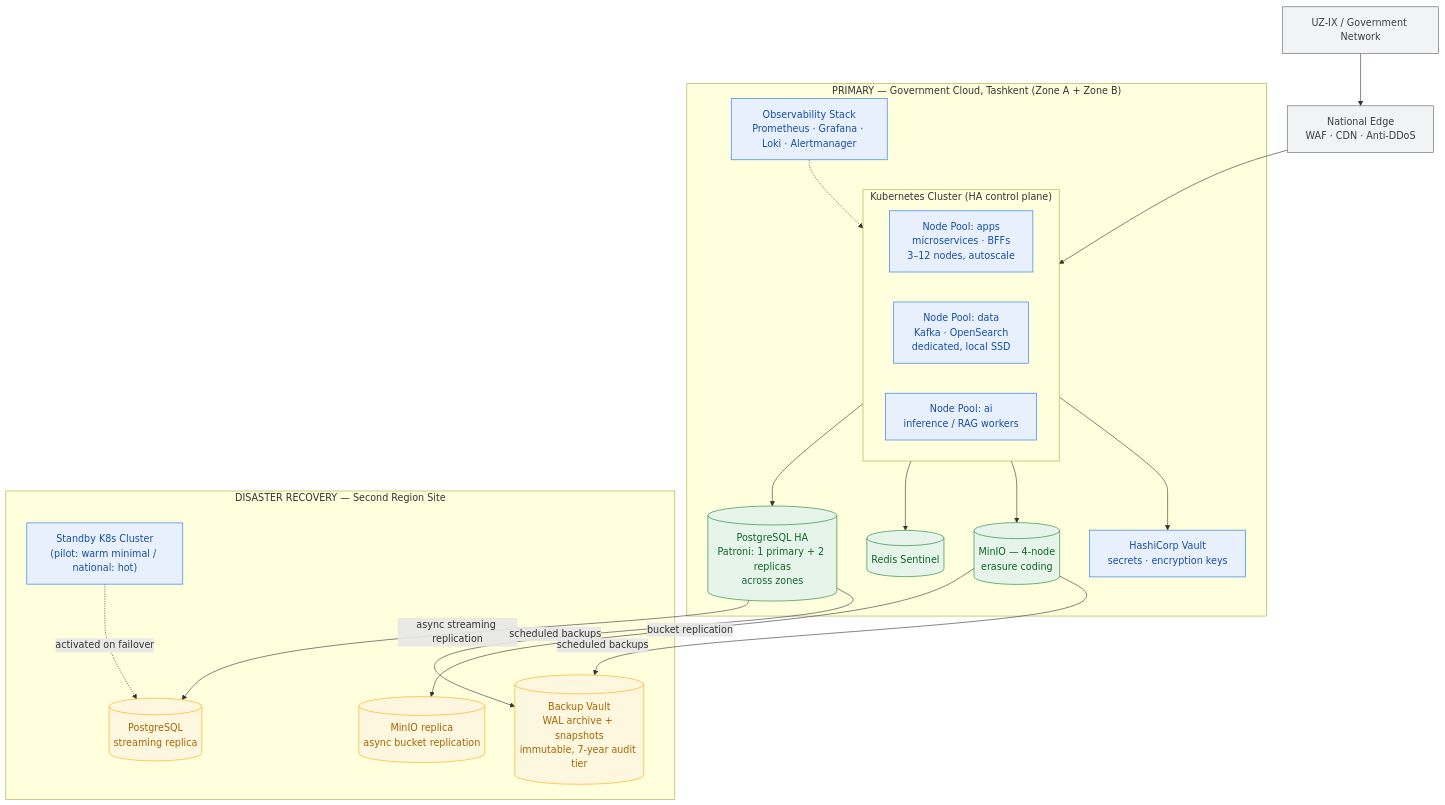
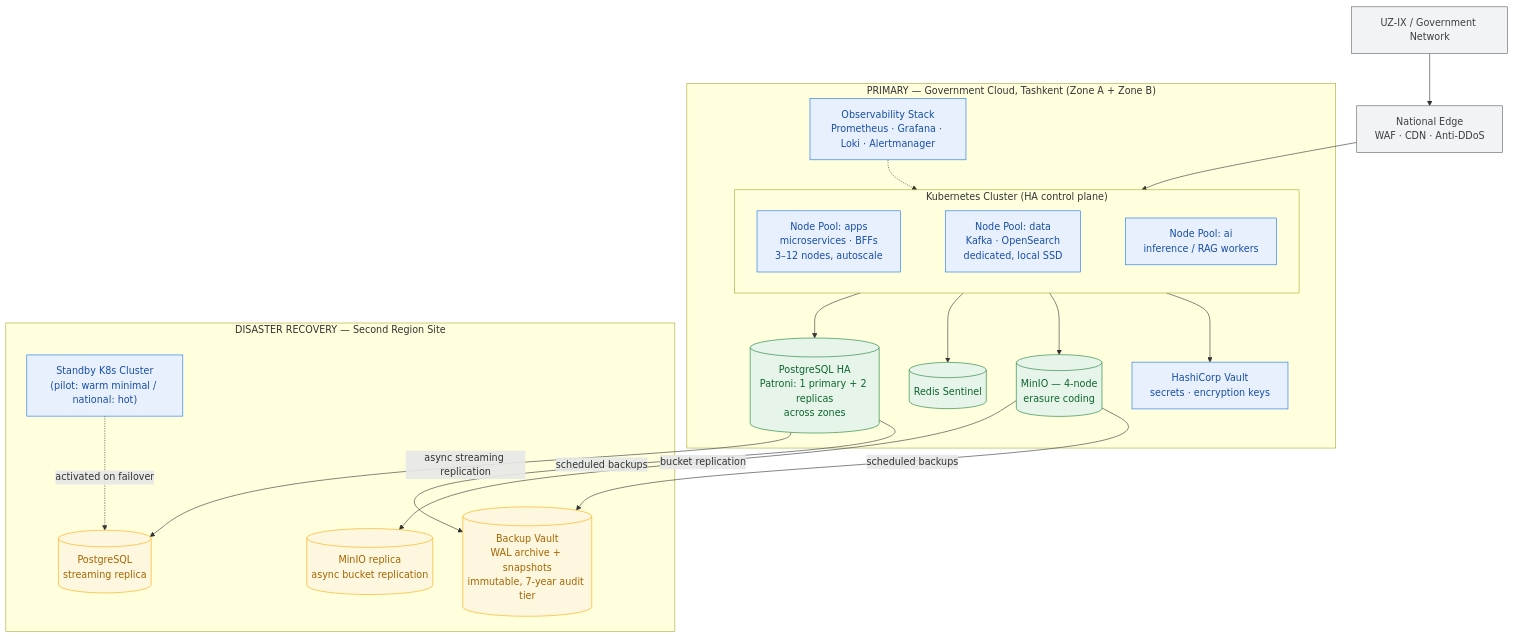
One commit to baxtbekjumayev74-byte/Yangi-hayot changed the third of 5 diagrams in docs/02-system-architecture.md. Above: the diagram before and after it, drawn with Mermaid. The commit also changed other lines of this file and 5 other files, not shown here.

First line of the commit message:
Refine diagram layouts for presentation rendering

````diff
--- a/docs/02-system-architecture.md
+++ b/docs/02-system-architecture.md
@@ -155,43 +129,42 @@
 ```mermaid
 flowchart TB
     subgraph DC1["PRIMARY — Government Cloud, Tashkent (Zone A + Zone B)"]
         subgraph K8S["Kubernetes Cluster (HA control plane)"]
-            NPA["Node Pool: apps<br/>microservices · BFFs<br/>3–12 nodes, autoscale"]
-            NPD["Node Pool: data<br/>Kafka · OpenSearch<br/>dedicated, local SSD"]
-            NPAI["Node Pool: ai<br/>inference / RAG workers"]
+            direction LR
+            NPA["Node Pool: apps<br/>microservices · BFFs<br/>3–12 nodes, autoscale"] ~~~ NPD["Node Pool: data<br/>Kafka · OpenSearch<br/>dedicated, local SSD"] ~~~ NPAI["Node Pool: ai<br/>inference / RAG workers"]
         end
         PGHA[("PostgreSQL HA<br/>Patroni: 1 primary + 2 replicas<br/>across zones")]
         REDIS[("Redis Sentinel")]
         MINIO[("MinIO — 4-node<br/>erasure coding")]
         MON["Observability Stack<br/>Prometheus · Grafana · Loki · Alertmanager"]
         VAULT["HashiCorp Vault<br/>secrets · encryption keys"]
     end
 
     subgraph DC2["DISASTER RECOVERY — Second Region Site"]
         K8S2["Standby K8s Cluster<br/>(pilot: warm minimal / national: hot)"]
         PGR[("PostgreSQL<br/>streaming replica")]
         MINIO2[("MinIO replica<br/>async bucket replication")]
         BK[("Backup Vault<br/>WAL archive + snapshots<br/>immutable, 7-year audit tier")]
     end
 
     EDGE["National Edge<br/>WAF · CDN · Anti-DDoS"]
     UZNET["UZ-IX / Government Network"]
 
     UZNET --> EDGE --> K8S
     K8S --> PGHA & REDIS & MINIO
     K8S --> VAULT
     MON -.-> K8S
     PGHA -->|"async streaming replication"| PGR
     MINIO -->|"bucket replication"| MINIO2
     PGHA & MINIO -->|"scheduled backups"| BK
     K8S2 -.->|"activated on failover"| PGR
 
     classDef prim fill:#e8f0fe,stroke:#1a73e8,color:#174ea6
     classDef data fill:#e6f4ea,stroke:#188038,color:#0d652d
     classDef dr fill:#fef7e0,stroke:#f9ab00,color:#a56500
     classDef net fill:#f1f3f4,stroke:#5f6368,color:#3c4043
     class NPA,NPD,NPAI,MON,VAULT,K8S2 prim
     class PGHA,REDIS,MINIO data
     class PGR,MINIO2,BK dr
     class EDGE,UZNET net
 ```
````
